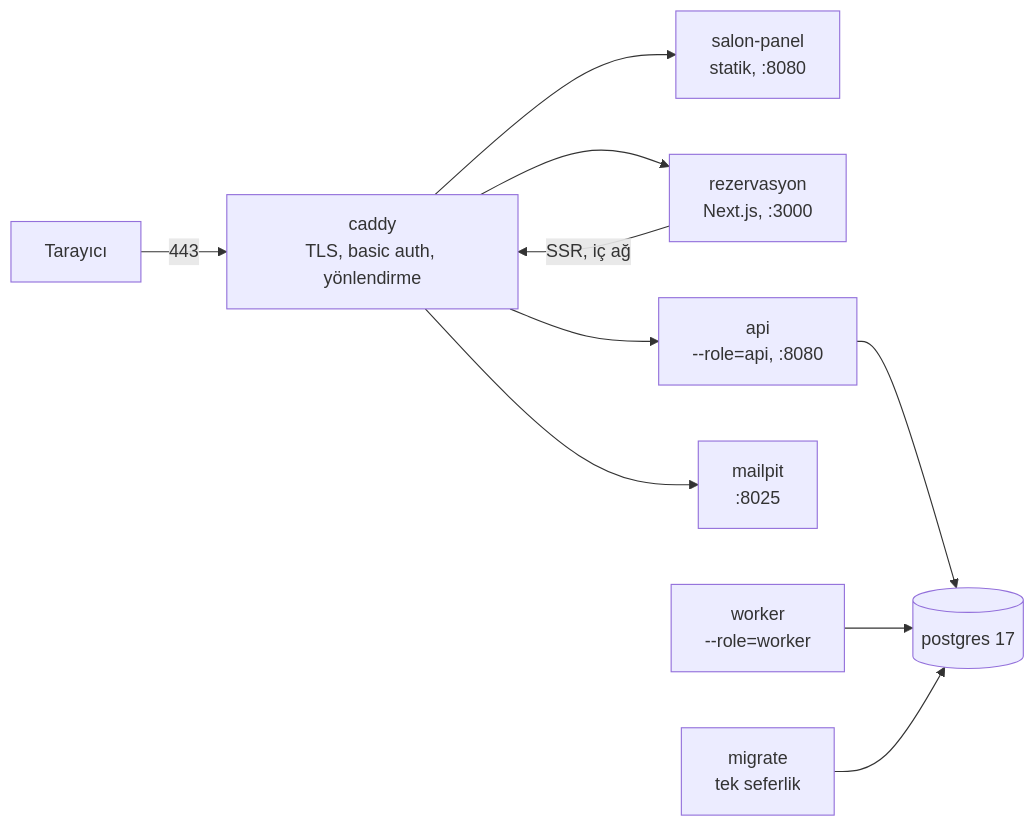
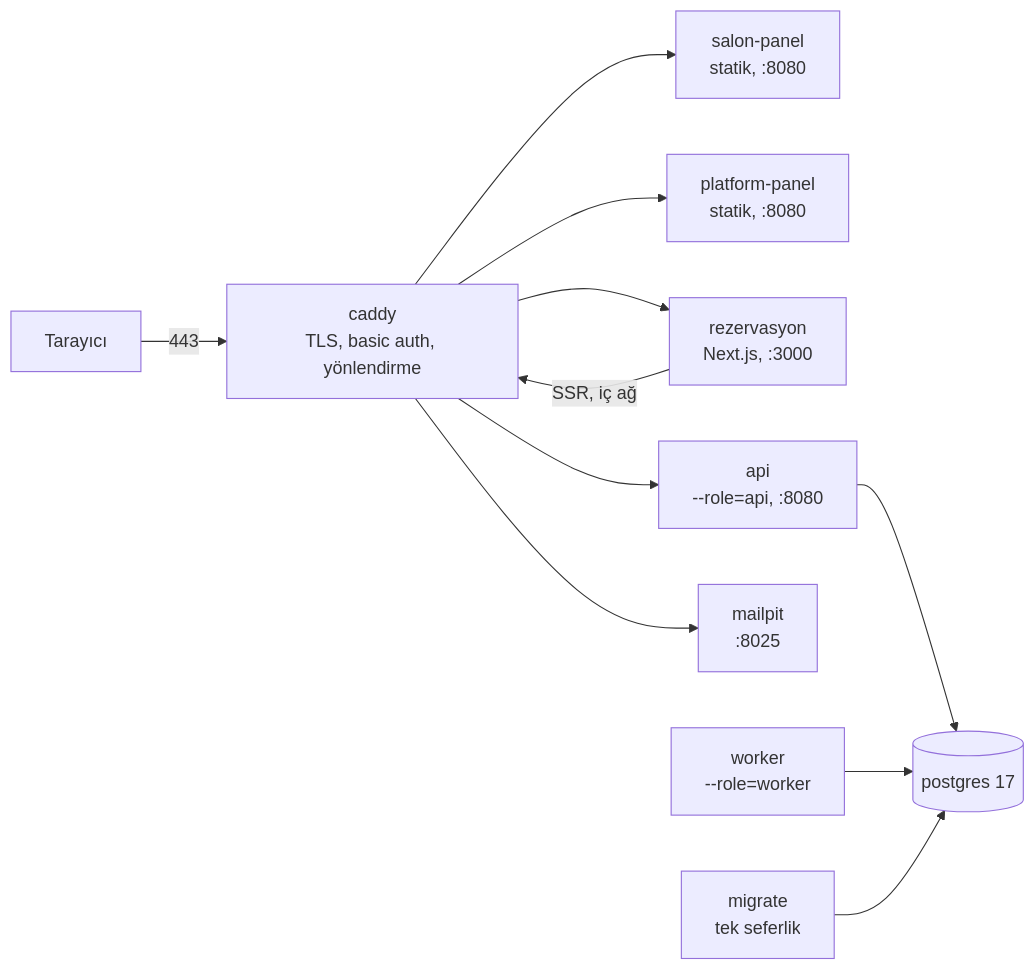
One commit to sefabarlas/omvila changed the diagram in docs/mimari/test-ortami.md. Above: the diagram before and after it, drawn with Mermaid. The commit also changed other lines of this file and 92 other files, not shown here.

First line of the commit message:
feat(platform-panel): uygulama iskeleti, giriş, genel bakış ve markalar (#140)

````diff
--- a/docs/mimari/test-ortami.md
+++ b/docs/mimari/test-ortami.md
@@ -28,12 +29,13 @@
 ```mermaid
 flowchart LR
   U[Tarayıcı] -->|443| C[caddy<br/>TLS, basic auth, yönlendirme]
   C --> SP[salon-panel<br/>statik, :8080]
+  C --> PP[platform-panel<br/>statik, :8080]
   C --> RZ[rezervasyon<br/>Next.js, :3000]
   C --> API[api<br/>--role=api, :8080]
   C --> MP[mailpit<br/>:8025]
   RZ -->|SSR, iç ağ| C
   API --> PG[(postgres 17)]
   W[worker<br/>--role=worker] --> PG
   M[migrate<br/>tek seferlik] --> PG
 ```
````
